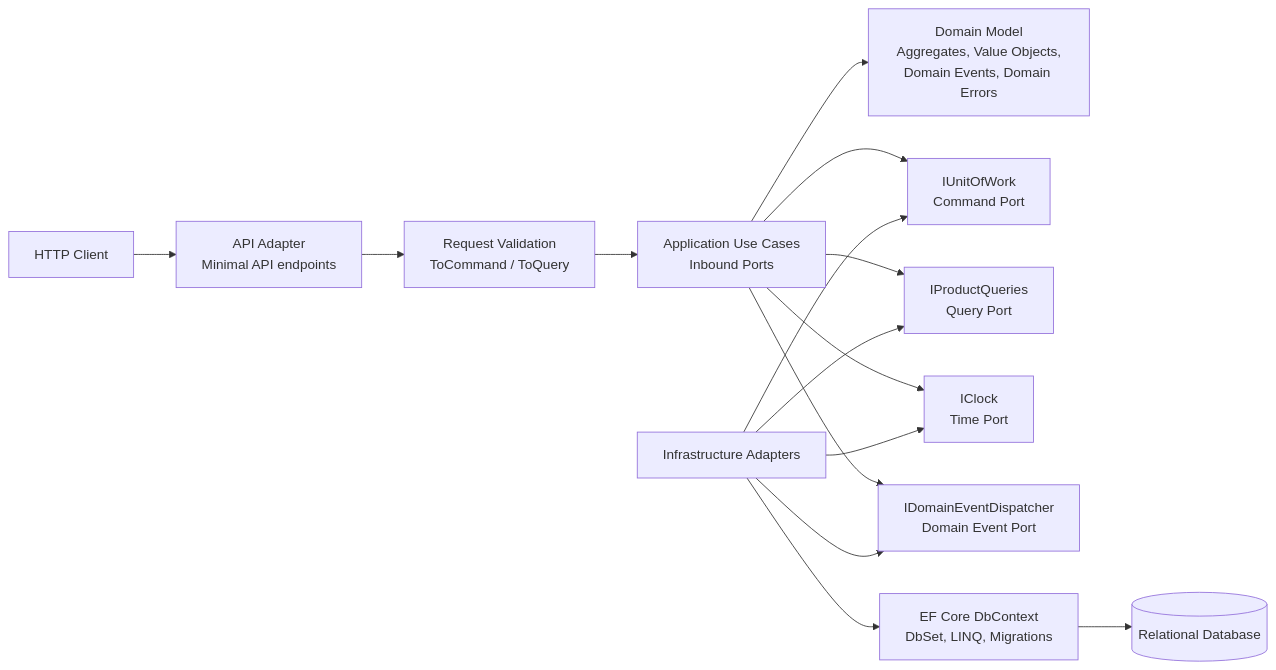
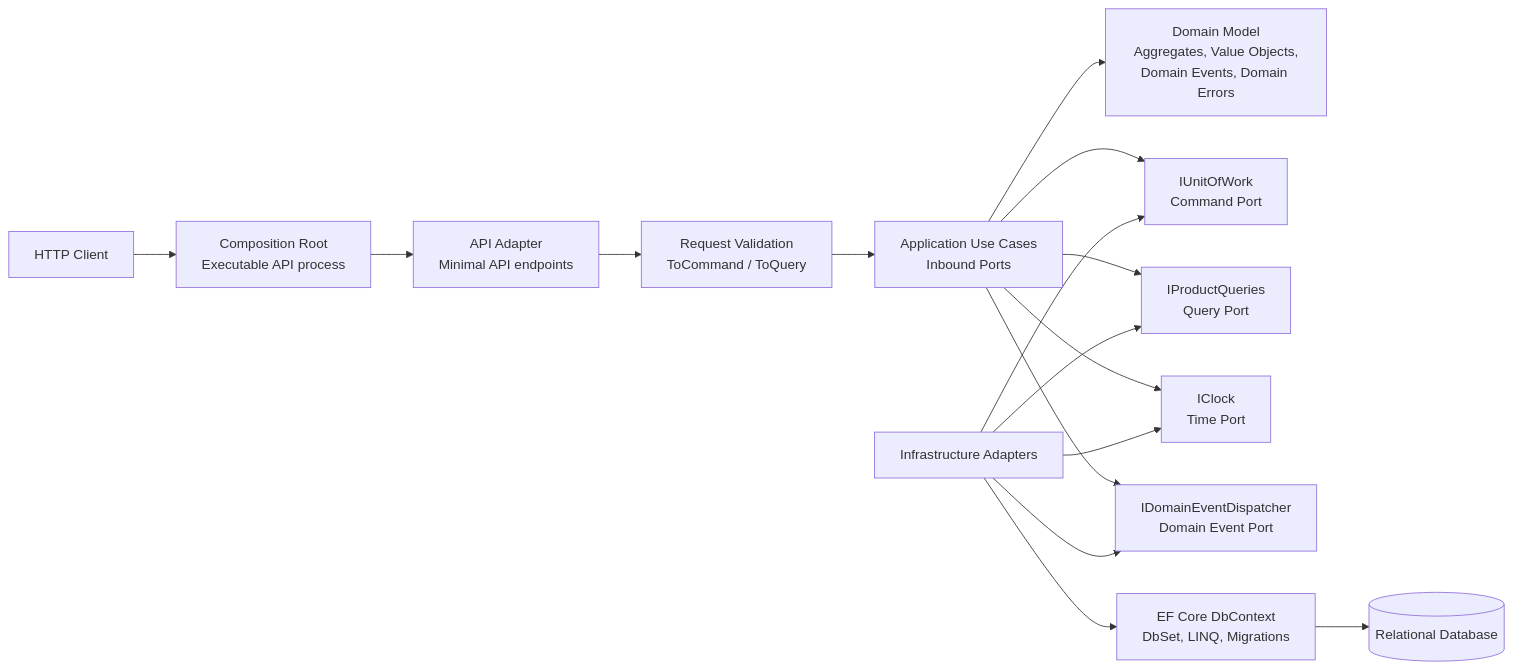
The diagram in content/ARCHITECTURE.md (codefoxx/cleanapi-template), drawn with Mermaid before and after one commit. The commit also changed other lines of this file, not shown here.

Commit message:
docs: document composition project in architecture

````diff
--- a/content/ARCHITECTURE.md
+++ b/content/ARCHITECTURE.md
@@ -63,22 +67,23 @@
 ```mermaid
 flowchart LR
-    Client[HTTP Client] --> Api[API Adapter<br/>Minimal API endpoints]
+    Client[HTTP Client] --> Composition[Composition Root<br/>Executable API process]
+    Composition --> Api[API Adapter<br/>Minimal API endpoints]
 
     Api --> Validation[Request Validation<br/>ToCommand / ToQuery]
     Validation --> UseCases[Application Use Cases<br/>Inbound Ports]
 
     UseCases --> Domain[Domain Model<br/>Aggregates, Value Objects,<br/>Domain Events, Domain Errors]
 
     UseCases --> UowPort[IUnitOfWork<br/>Command Port]
     UseCases --> QueryPort[IProductQueries<br/>Query Port]
     UseCases --> ClockPort[IClock<br/>Time Port]
     UseCases --> EventPort[IDomainEventDispatcher<br/>Domain Event Port]
 
     Infrastructure[Infrastructure Adapters] --> UowPort
     Infrastructure --> QueryPort
     Infrastructure --> ClockPort
     Infrastructure --> EventPort
 
     Infrastructure --> EfCore[EF Core DbContext<br/>DbSet, LINQ, Migrations]
     EfCore --> Database[(Relational Database)]
 ```
````
